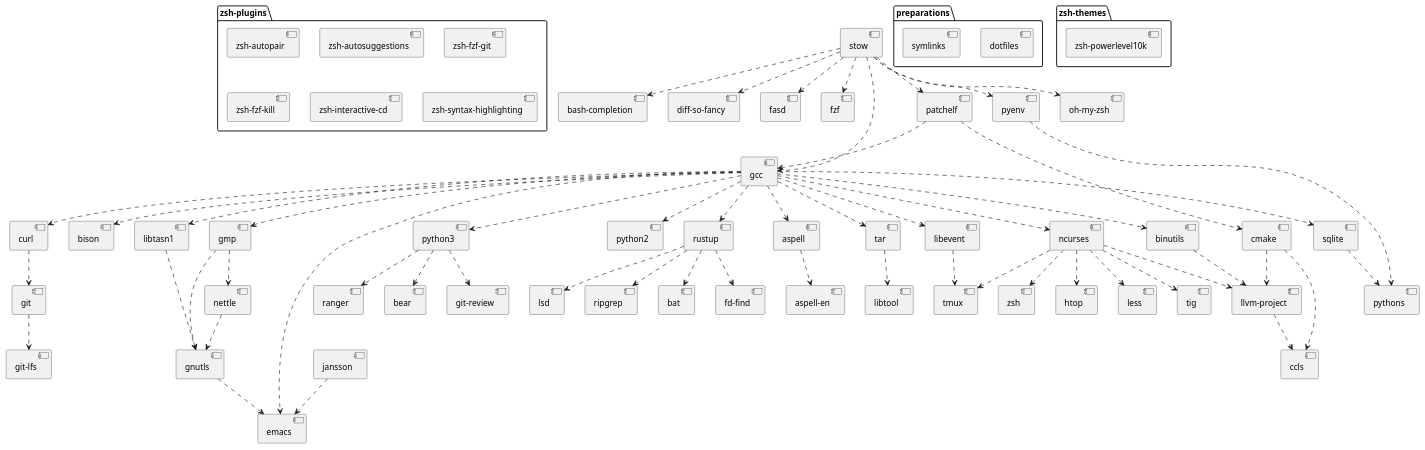
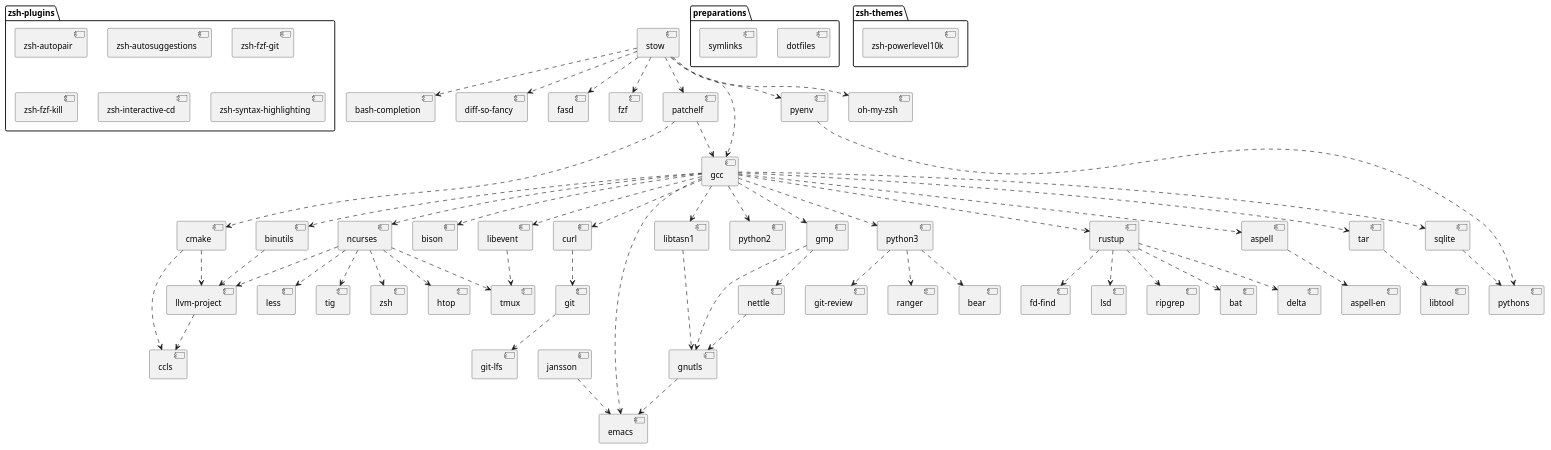
The diagram in deps.plantuml (gessen/linsee-pkgs), drawn with PlantUML before and after one commit. The commit also changed 1 other file, not shown here.

Commit message:
delta: add package

```diff
--- a/deps.plantuml
+++ b/deps.plantuml
@@ -1,93 +1,94 @@
 @startuml
 
 package "preparations" {
   [dotfiles]
   [symlinks]
 }
 
 package "zsh-plugins" {
   [zsh-autopair]
   [zsh-autosuggestions]
   [zsh-fzf-git]
   [zsh-fzf-kill]
   [zsh-interactive-cd]
   [zsh-syntax-highlighting]
 }
 
 package "zsh-themes" {
   [zsh-powerlevel10k]
 }
 
 [stow] ..> [bash-completion]
 [stow] ..> [diff-so-fancy]
 [stow] ..> [fasd]
 [stow] ..> [fzf]
 [stow] ..> [gcc]
 [stow] ..> [oh-my-zsh]
 [stow] ..> [patchelf]
 [stow] ..> [pyenv]
 
 [patchelf] ..> [gcc]
 [patchelf] ..> [cmake]
 
 [gcc] ..> [aspell]
 [gcc] ..> [binutils]
 [gcc] ..> [bison]
 [gcc] ..> [curl]
 [gcc] ..> [emacs]
 [gcc] ..> [gmp]
 [gcc] ..> [libevent]
 [gcc] ..> [libtasn1]
 [gcc] ..> [ncurses]
 [gcc] ..> [python2]
 [gcc] ..> [python3]
 [gcc] ..> [rustup]
 [gcc] ..> [sqlite]
 [gcc] ..> [tar]
 
 [cmake] ..> [ccls]
 [cmake] ..> [llvm-project]
 
 [pyenv] ..> [pythons]
 [sqlite] ..> [pythons]
 
 [python3] ..> [bear]
 [python3] ..> [git-review]
 [python3] ..> [ranger]
 
 [gmp] ..> [nettle]
 [gmp] ..> [gnutls]
 
 [libtasn1] ..> [gnutls]
 [nettle] ..> [gnutls]
 
 [gnutls] ..> [emacs]
 [jansson] ..> [emacs]
 
 [aspell] ..> [aspell-en]
 
 [binutils] ..> [llvm-project]
 
 [tar] ..> [libtool]
 
 [ncurses] ..> [htop]
 [ncurses] ..> [less]
 [ncurses] ..> [llvm-project]
 [ncurses] ..> [tig]
 [ncurses] ..> [tmux]
 [ncurses] ..> [zsh]
 
 [libevent] ..> [tmux]
 
 [curl] ..> [git]
 
 [git] ..> [git-lfs]
 
 [llvm-project] ..> [ccls]
 
 [rustup] ..> [bat]
+[rustup] ..> [delta]
 [rustup] ..> [fd-find]
 [rustup] ..> [lsd]
 [rustup] ..> [ripgrep]
 
 @enduml
```
